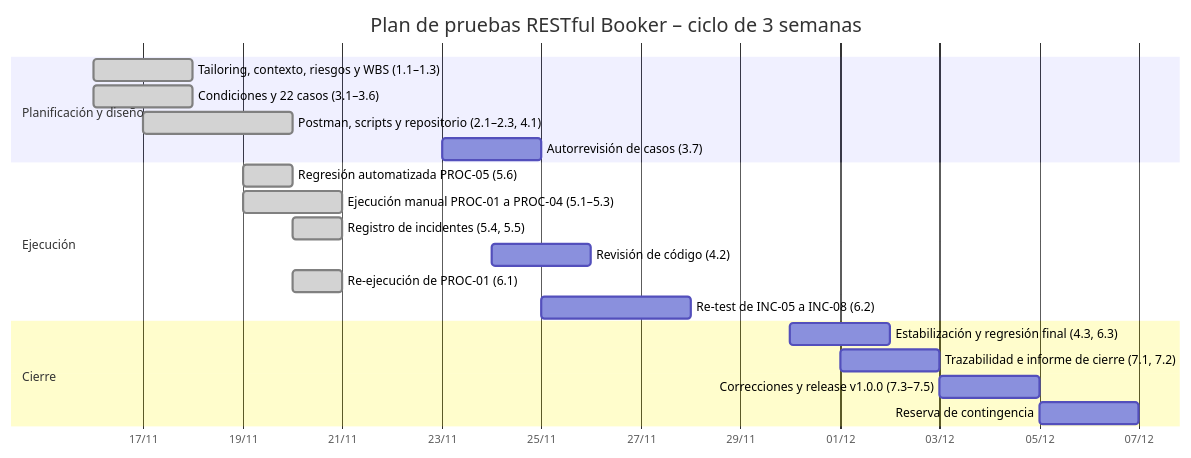
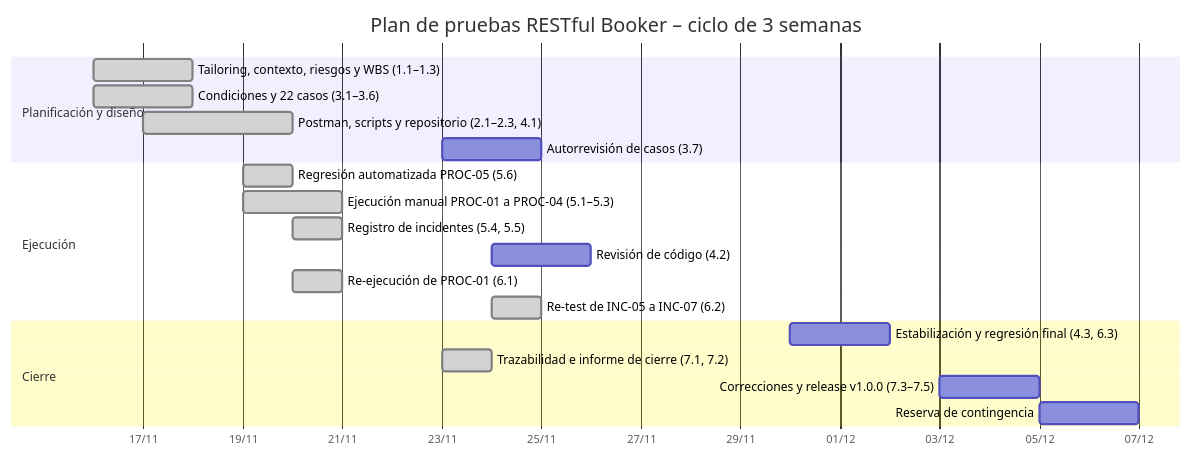
Before and after one commit to SusanaRomero/plan-pruebas-restful-booker: the second of 2 diagrams in docs/plan-de-pruebas.md, drawn with Mermaid. The commit also changed other lines of this file and 2 other files, not shown here.

Commit message:
docs(plan): v1.5 con re-test de INC-05 a INC-07

````diff
--- a/docs/plan-de-pruebas.md
+++ b/docs/plan-de-pruebas.md
@@ -1011,23 +1016,23 @@
 ```mermaid
 gantt
     title Plan de pruebas RESTful Booker – ciclo de 3 semanas
     dateFormat YYYY-MM-DD
     axisFormat %d/%m
     section Planificación y diseño
     Tailoring, contexto, riesgos y WBS (1.1–1.3)        :done, a1, 2026-11-16, 2d
     Condiciones y 22 casos (3.1–3.6)                     :done, a2, 2026-11-16, 2d
     Postman, scripts y repositorio (2.1–2.3, 4.1)        :done, a3, 2026-11-17, 3d
     Autorrevisión de casos (3.7)                         :a4, 2026-11-23, 2d
     section Ejecución
     Regresión automatizada PROC-05 (5.6)                 :done, b1, 2026-11-19, 1d
     Ejecución manual PROC-01 a PROC-04 (5.1–5.3)         :done, b2, 2026-11-19, 2d
     Registro de incidentes (5.4, 5.5)                    :done, b3, 2026-11-20, 1d
     Revisión de código (4.2)                             :b4, 2026-11-24, 2d
     Re-ejecución de PROC-01 (6.1)                        :done, b5, 2026-11-20, 1d
-    Re-test de INC-05 a INC-08 (6.2)                     :b6, 2026-11-25, 3d
+    Re-test de INC-05 a INC-07 (6.2)                     :done, b6, 2026-11-24, 1d
     section Cierre
     Estabilización y regresión final (4.3, 6.3)          :c1, 2026-11-30, 2d
-    Trazabilidad e informe de cierre (7.1, 7.2)          :c2, 2026-12-01, 2d
+    Trazabilidad e informe de cierre (7.1, 7.2)          :done, c2, 2026-11-23, 1d
     Correcciones y release v1.0.0 (7.3–7.5)              :c3, 2026-12-03, 2d
     Reserva de contingencia                              :c4, 2026-12-05, 2d
 ```
````
